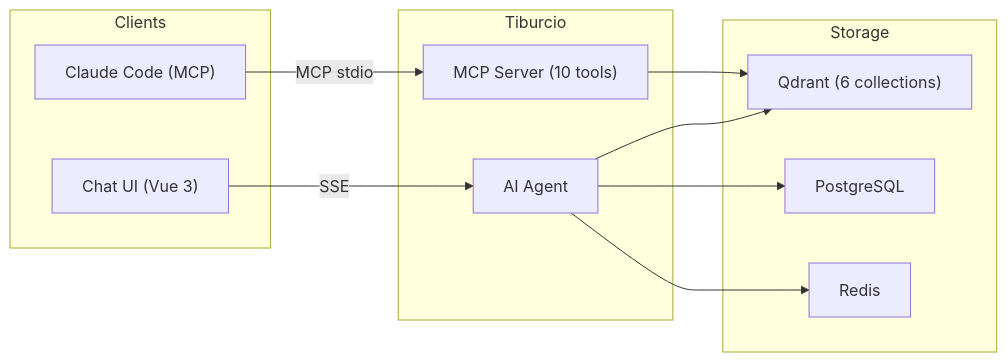
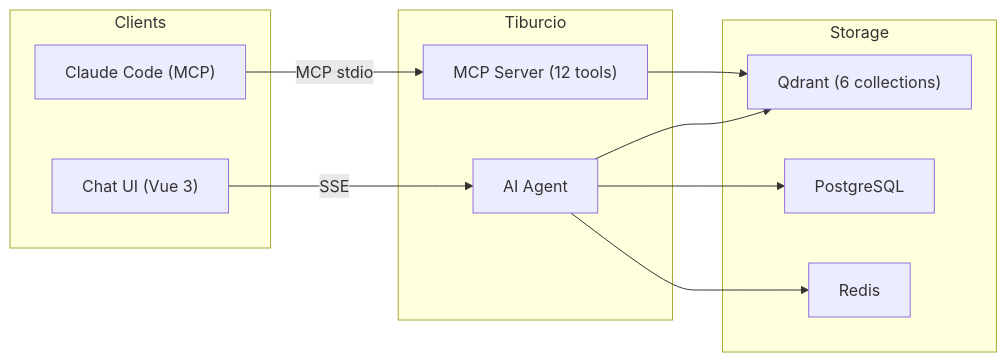
One commit to JoaoMorais03/Tiburcio changed the first of 2 diagrams in README.md. Above: the diagram before and after it, drawn with Mermaid. The commit also changed other lines of this file and 107 other files, not shown here.

````diff
--- a/README.md
+++ b/README.md
@@ -57,23 +57,23 @@
 ```mermaid
 graph LR
     subgraph Clients
         CC["Claude Code (MCP)"]
         UI["Chat UI (Vue 3)"]
     end
 
     subgraph Tiburcio
-        MCP["MCP Server (10 tools)"]
+        MCP["MCP Server (12 tools)"]
         Agent["AI Agent"]
     end
 
     subgraph Storage
         Qdrant["Qdrant (6 collections)"]
         PG["PostgreSQL"]
         Redis["Redis"]
     end
 
     CC -- MCP stdio --> MCP --> Qdrant
     UI -- SSE --> Agent --> Qdrant
     Agent --> PG
     Agent --> Redis
 ```
````
